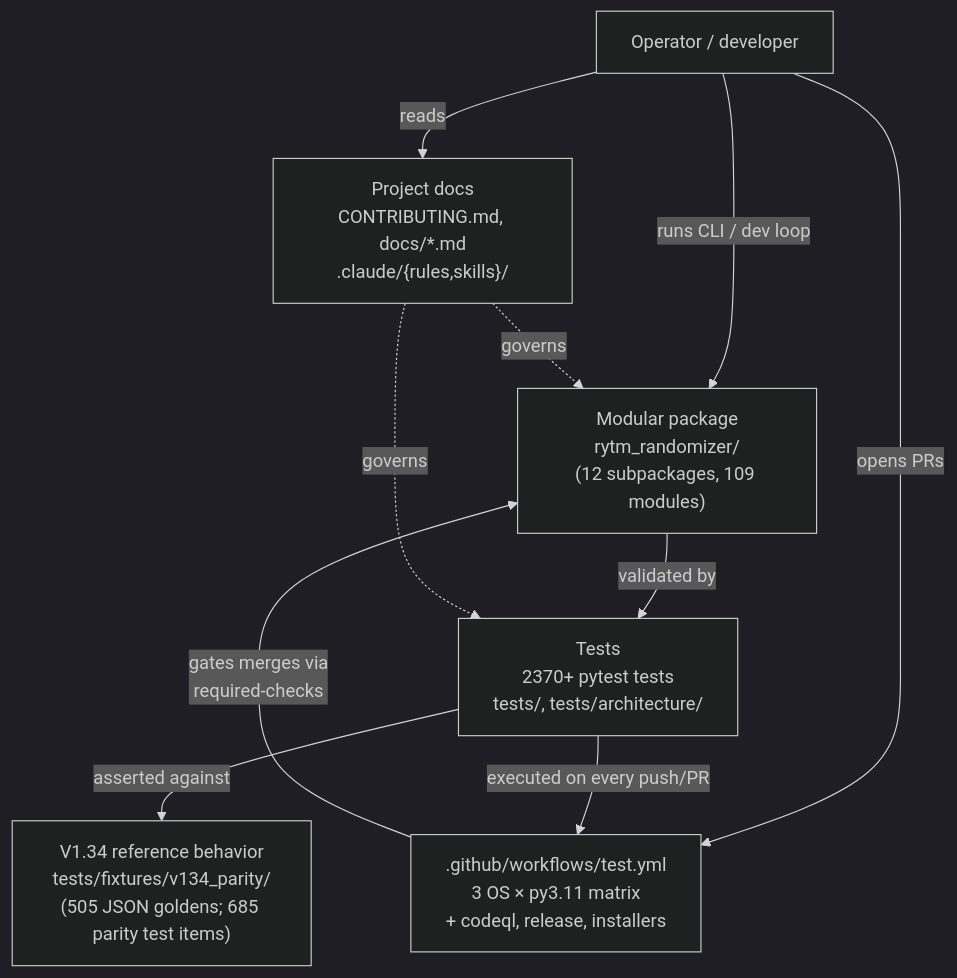
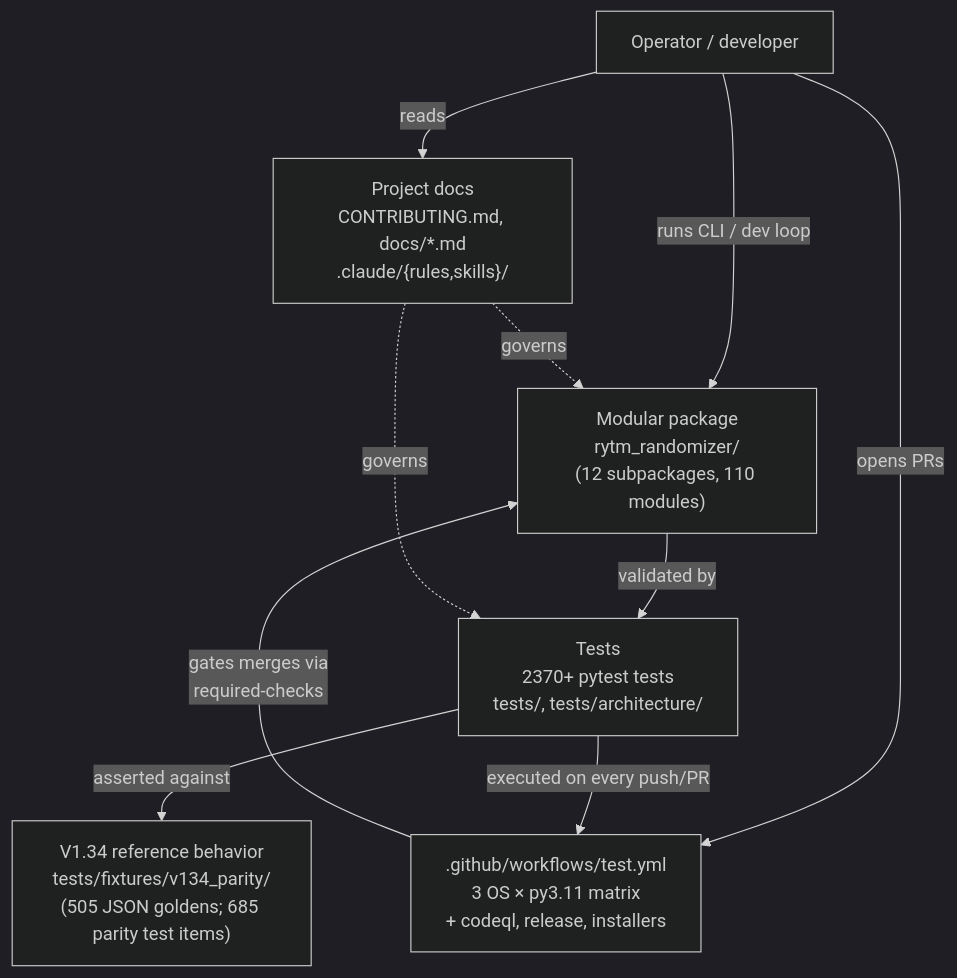
The first of 26 diagrams in docs/ARCHITECTURE_DIAGRAMS.md (buzzijose-hub/RytmRandomizer), drawn with Mermaid (dark theme) before and after one commit. The commit also changed other lines of this file and 3 other files, not shown here.

````diff
--- a/docs/ARCHITECTURE_DIAGRAMS.md
+++ b/docs/ARCHITECTURE_DIAGRAMS.md
@@ -47,22 +47,22 @@
 ```mermaid
 flowchart TB
     User["Operator / developer"]
     V134["V1.34 reference behavior<br/>tests/fixtures/v134_parity/<br/>(505 JSON goldens; 685 parity test items)"]
-    Package["Modular package<br/>rytm_randomizer/<br/>(12 subpackages, 109 modules)"]
+    Package["Modular package<br/>rytm_randomizer/<br/>(12 subpackages, 110 modules)"]
     Tests["Tests<br/>2370+ pytest tests<br/>tests/, tests/architecture/"]
     CI[".github/workflows/test.yml<br/>3 OS × py3.11 matrix<br/>+ codeql, release, installers"]
     Docs["Project docs<br/>CONTRIBUTING.md, docs/*.md<br/>.claude/{rules,skills}/"]
 
     User -->|"runs CLI / dev loop"| Package
     User -->|"opens PRs"| CI
     User -->|"reads"| Docs
 
     Package -->|"validated by"| Tests
     Tests -->|"asserted against"| V134
     Tests -->|"executed on every push/PR"| CI
 
     CI -->|"gates merges via<br/>required-checks"| Package
 
     Docs -.->|"governs"| Package
     Docs -.->|"governs"| Tests
 ```
````
